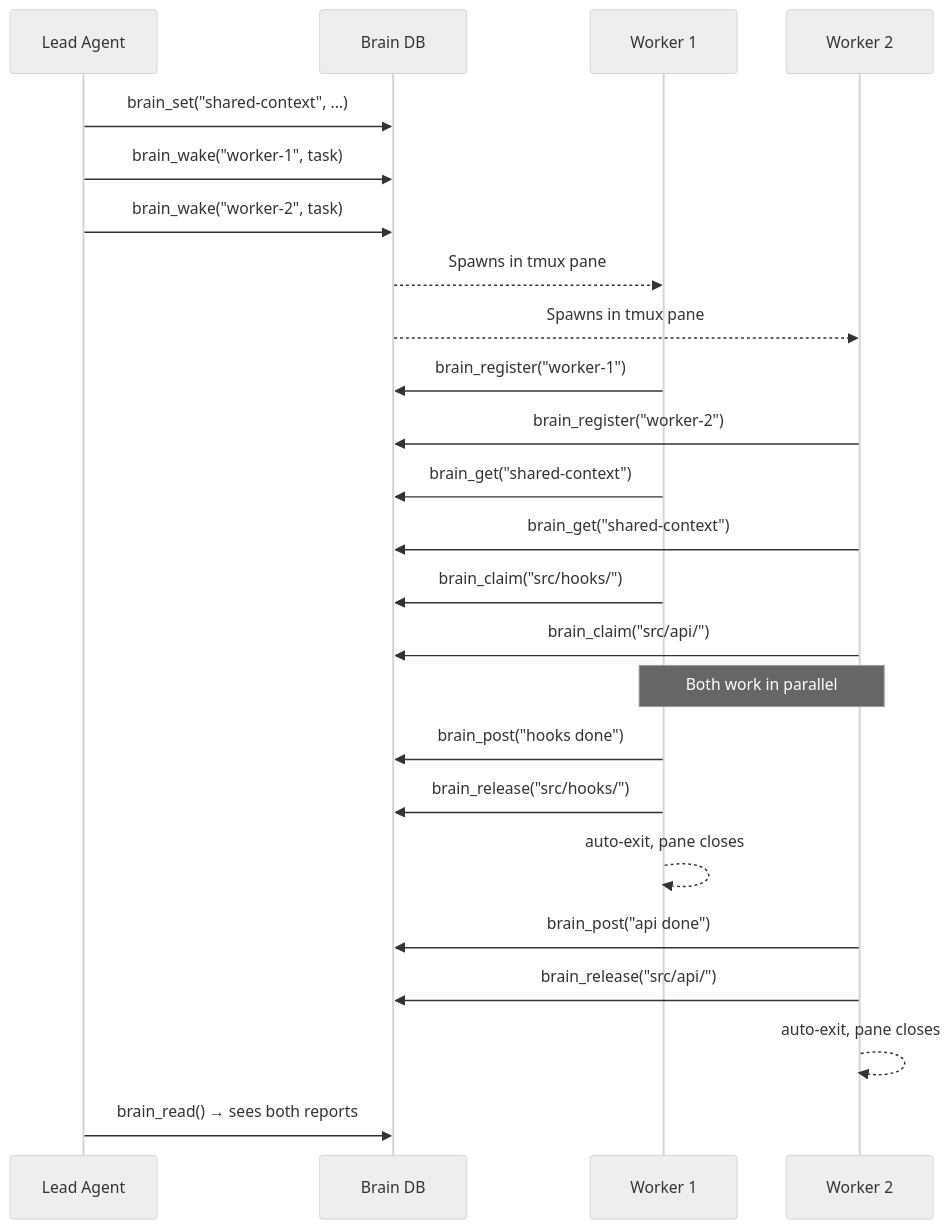
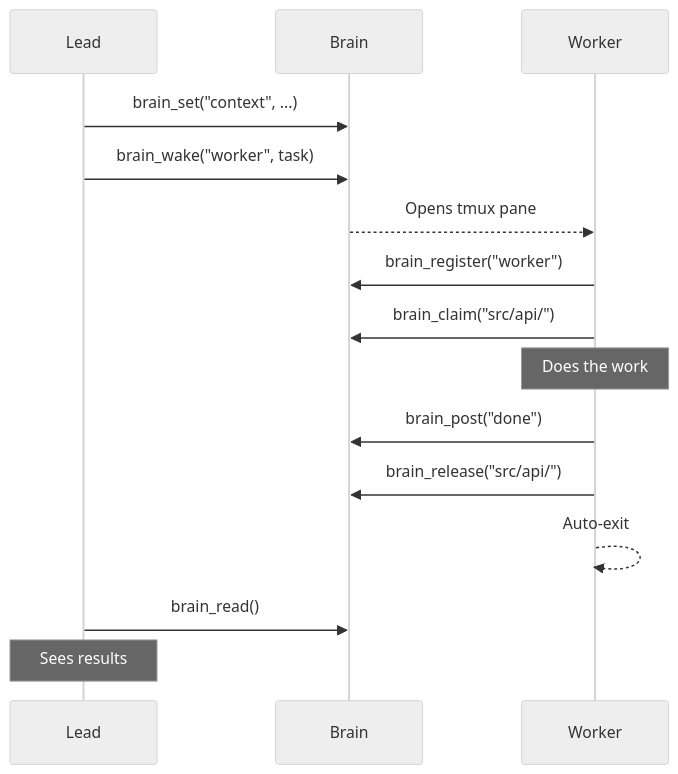
Before and after one commit to DevvGwardo/brain-mcp: the second of 8 diagrams in README.md, drawn with Mermaid (neutral theme). The commit also changed other lines of this file, not shown here.

````diff
--- a/README.md
+++ b/README.md
@@ -174,35 +174,22 @@
 ```mermaid
 sequenceDiagram
-    participant Lead as Lead Agent
-    participant Brain as Brain DB
-    participant W1 as Worker 1
-    participant W2 as Worker 2
+    participant L as Lead
+    participant B as Brain
+    participant W as Worker
 
-    Lead->>Brain: brain_set("shared-context", ...)
-    Lead->>Brain: brain_wake("worker-1", task)
-    Lead->>Brain: brain_wake("worker-2", task)
+    L->>B: brain_set("context", ...)
+    L->>B: brain_wake("worker", task)
+    B-->>W: Opens tmux pane
 
-    Brain-->>W1: Spawns in tmux pane
-    Brain-->>W2: Spawns in tmux pane
+    W->>B: brain_register("worker")
+    W->>B: brain_claim("src/api/")
 
-    W1->>Brain: brain_register("worker-1")
-    W2->>Brain: brain_register("worker-2")
+    Note over W: Does the work
 
-    W1->>Brain: brain_get("shared-context")
-    W2->>Brain: brain_get("shared-context")
+    W->>B: brain_post("done")
+    W->>B: brain_release("src/api/")
+    W-->>W: Auto-exit
 
-    W1->>Brain: brain_claim("src/hooks/")
-    W2->>Brain: brain_claim("src/api/")
-
-    Note over W1,W2: Both work in parallel
-
-    W1->>Brain: brain_post("hooks done")
-    W1->>Brain: brain_release("src/hooks/")
-    W1-->>W1: auto-exit, pane closes
-
-    W2->>Brain: brain_post("api done")
-    W2->>Brain: brain_release("src/api/")
-    W2-->>W2: auto-exit, pane closes
-
-    Lead->>Brain: brain_read() → sees both reports
+    L->>B: brain_read()
+    Note over L: Sees results
 ```
````
